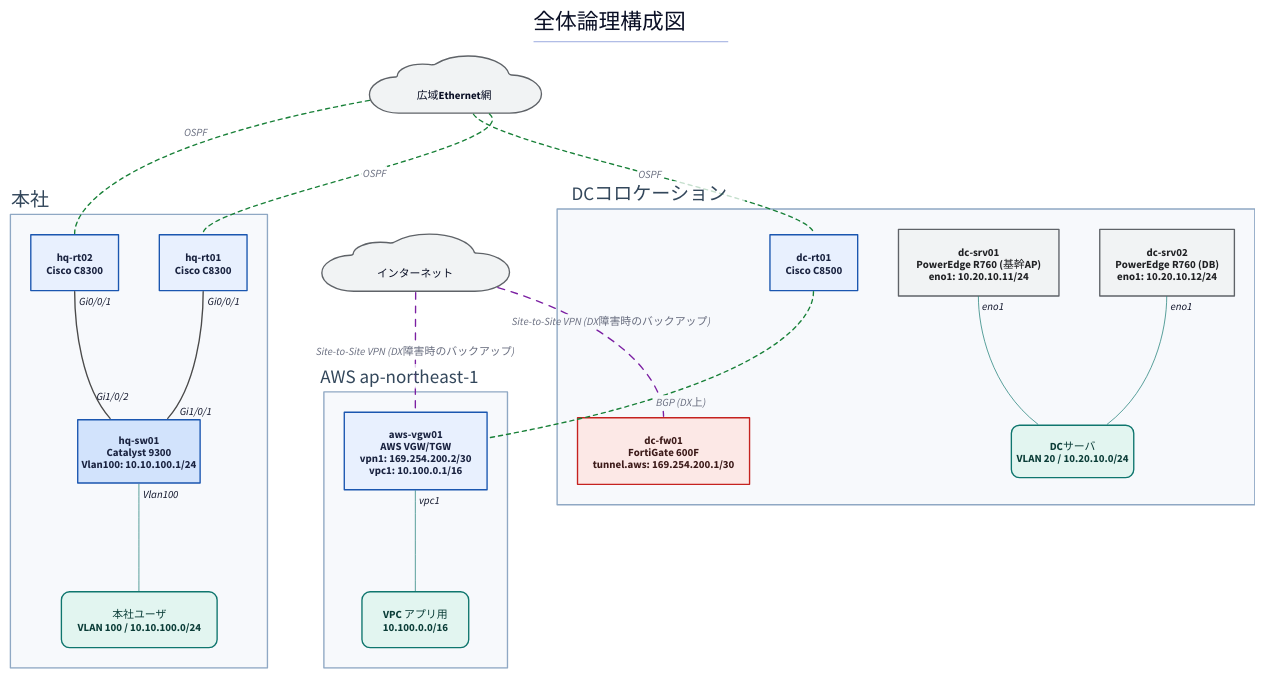
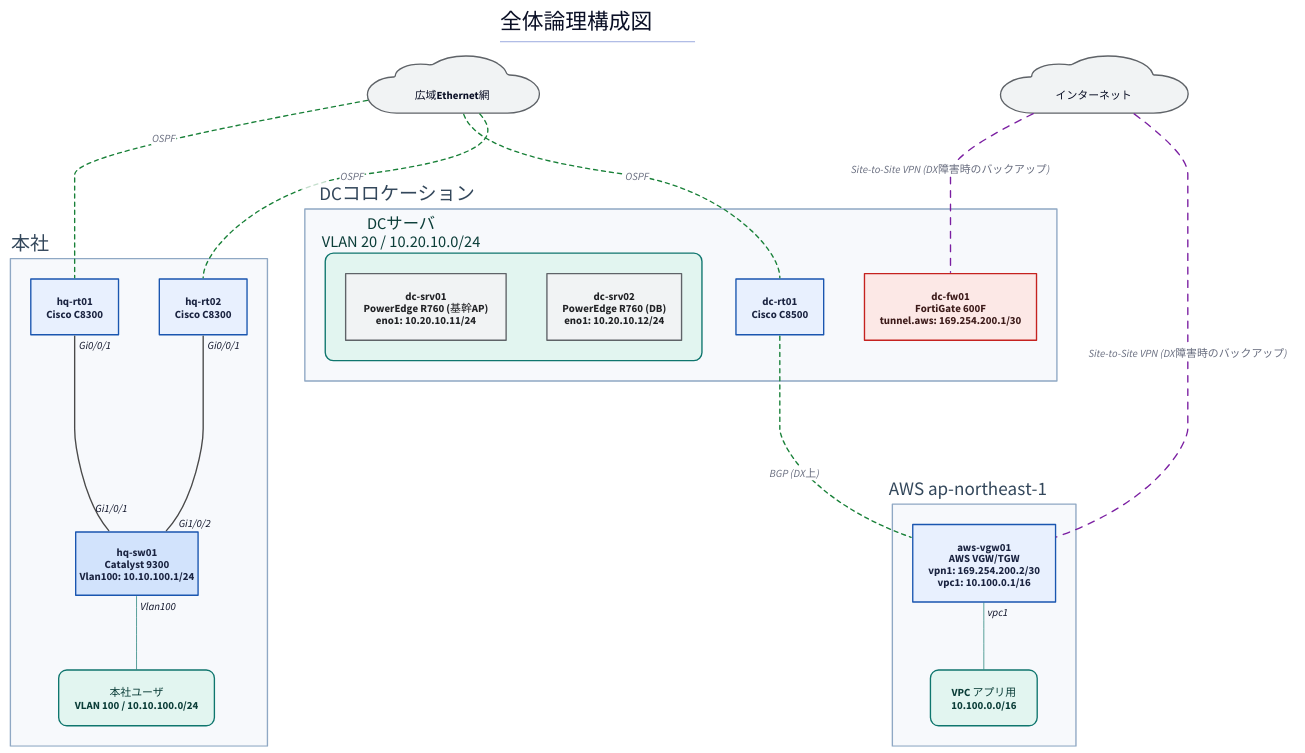
One commit to thinas1115/nwdsl changed the diagram in examples/hq-dc-cloud/generated/logical-all.d2. Above: the diagram before and after it, drawn with D2. The commit also changed 40 other files, not shown here.

First line of the commit message:
論理図でセグメント配下の端末を入れ子表示する機能を追加 (ADR-0009)

```diff
--- a/examples/hq-dc-cloud/generated/logical-all.d2
+++ b/examples/hq-dc-cloud/generated/logical-all.d2
@@ -1,65 +1,66 @@
 title: |md
   # 全体論理構成図
 | {near: top-center}
 direction: down
 
 classes: {
   role-router: {style.fill: "#e8f0fe"; style.stroke: "#1a56b0"; style.font-color: "#1a2340"}
   role-l3switch: {style.fill: "#d2e3fc"; style.stroke: "#1a56b0"; style.font-color: "#1a2340"}
   role-l2switch: {style.fill: "#e6f4ea"; style.stroke: "#137333"; style.font-color: "#1a2e1f"}
   role-firewall: {style.fill: "#fce8e6"; style.stroke: "#c5221f"; style.font-color: "#3c1a19"}
   role-other: {style.fill: "#f1f3f4"; style.stroke: "#5f6368"; style.font-color: "#202124"}
   node-cloud: {shape: cloud; style.fill: "#f1f3f4"; style.stroke: "#5f6368"}
   node-site: {style.fill: "#fff8e1"; style.stroke: "#b58105"; style.font-color: "#4a3a08"}
   node-segment: {style.fill: "#e2f5f0"; style.stroke: "#0f766e"; style.font-color: "#0b3d38"; style.border-radius: 12}
   node-external: {style.fill: "#ffffff"; style.stroke: "#9aa0a6"; style.stroke-dash: 3}
   group-site: {style.fill: "#f7f9fc"; style.stroke: "#8fa8c4"; style.font-color: "#33475b"}
   edge-label: {style.fill: "transparent"; style.stroke: "transparent"; style.font-size: 14; style.font-color: "#5f6368"; style.italic: true}
   edge-lan-cable: {style.stroke: "#4a4a4a"; style.stroke-width: 2}
   edge-wan-circuit: {style.stroke: "#1a73e8"; style.stroke-width: 4}
   edge-tunnel: {style.stroke: "#7b1fa2"; style.stroke-width: 2; style.stroke-dash: 5}
   edge-logical: {style.stroke: "#188038"; style.stroke-width: 2; style.stroke-dash: 3}
   edge-segment: {style.stroke: "#0f766e"; style.stroke-width: 1}
 }
 
 s_dc: "DCコロケーション" {
   class: group-site
   label.near: outside-top-left
   n_dc_fw01: "dc-fw01\nFortiGate 600F\ntunnel.aws: 169.254.200.1/30" {class: role-firewall}
   n_dc_rt01: "dc-rt01\nCisco C8500" {class: role-router}
-  n_dc_srv01: "dc-srv01\nPowerEdge R760 (基幹AP)\neno1: 10.20.10.11/24" {class: role-other}
-  n_dc_srv02: "dc-srv02\nPowerEdge R760 (DB)\neno1: 10.20.10.12/24" {class: role-other}
-  n_seg__dc_servers: "DCサーバ\nVLAN 20 / 10.20.10.0/24" {class: node-segment; width: 180}
+  n_seg__dc_servers: "DCサーバ\nVLAN 20 / 10.20.10.0/24" {
+    class: node-segment
+    label.near: outside-top-left
+    n_dc_srv01: "dc-srv01\nPowerEdge R760 (基幹AP)\neno1: 10.20.10.11/24" {class: role-other}
+    n_dc_srv02: "dc-srv02\nPowerEdge R760 (DB)\neno1: 10.20.10.12/24" {class: role-other}
+  }
 }
 
 s_aws: "AWS ap-northeast-1" {
   class: group-site
   label.near: outside-top-left
   n_aws_vgw01: "aws-vgw01\nAWS VGW/TGW\nvpn1: 169.254.200.2/30\nvpc1: 10.100.0.1/16" {class: role-router}
   n_seg__aws_vpc_app: "VPC アプリ用\n10.100.0.0/16" {class: node-segment}
 }
 
 s_hq: "本社" {
   class: group-site
   label.near: outside-top-left
   n_hq_rt01: "hq-rt01\nCisco C8300" {class: role-router}
   n_hq_rt02: "hq-rt02\nCisco C8300" {class: role-router}
   n_hq_sw01: "hq-sw01\nCatalyst 9300\nVlan100: 10.10.100.1/24" {class: role-l3switch; width: 180}
   n_seg__hq_users: "本社ユーザ\nVLAN 100 / 10.10.100.0/24" {class: node-segment}
 }
 
 n_internet: "　インターネット　" {class: node-cloud}
 n_wide_ether: "　広域Ethernet網　" {class: node-cloud}
 
 n_internet -- s_dc.n_dc_fw01: "Site-to-Site VPN (DX障害時のバックアップ)" {class: edge-tunnel}
 n_internet -- s_aws.n_aws_vgw01: "Site-to-Site VPN (DX障害時のバックアップ)" {class: edge-tunnel}
 n_wide_ether -- s_hq.n_hq_rt01: "OSPF" {class: edge-logical}
 n_wide_ether -- s_dc.n_dc_rt01: "OSPF" {class: edge-logical}
 n_wide_ether -- s_hq.n_hq_rt02: "OSPF" {class: edge-logical}
 s_dc.n_dc_rt01 -- s_aws.n_aws_vgw01: "BGP (DX上)" {class: edge-logical}
 s_hq.n_hq_rt01 -- s_hq.n_hq_sw01 {class: edge-lan-cable; source-arrowhead.label: "Gi0/0/1"; target-arrowhead.label: "Gi1/0/1"}
 s_hq.n_hq_rt02 -- s_hq.n_hq_sw01 {class: edge-lan-cable; source-arrowhead.label: "Gi0/0/1"; target-arrowhead.label: "Gi1/0/2"}
 s_hq.n_hq_sw01 -- s_hq.n_seg__hq_users {class: edge-segment; source-arrowhead.label: "Vlan100"}
-s_dc.n_dc_srv01 -- s_dc.n_seg__dc_servers {class: edge-segment; source-arrowhead.label: "eno1"}
-s_dc.n_dc_srv02 -- s_dc.n_seg__dc_servers {class: edge-segment; source-arrowhead.label: "eno1"}
 s_aws.n_aws_vgw01 -- s_aws.n_seg__aws_vpc_app {class: edge-segment; source-arrowhead.label: "vpc1"}
```
